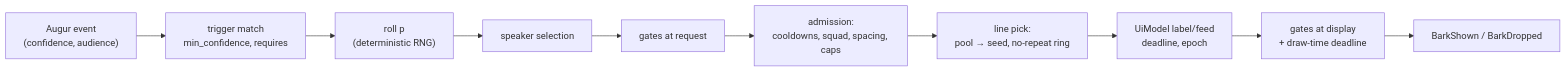
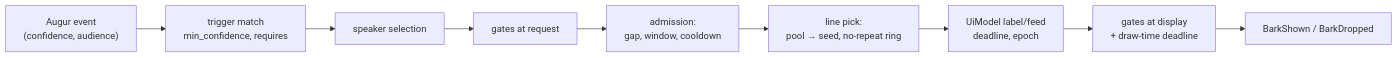
One commit to Pt0l3my/EldenNet changed the fourth of 5 diagrams in docs/design/npcs-and-dialogue.md. Above: the diagram before and after it, drawn with Mermaid. The commit also changed other lines of this file and 5 other files, not shown here.

````diff
--- a/docs/design/npcs-and-dialogue.md
+++ b/docs/design/npcs-and-dialogue.md
@@ -1403,9 +1640,9 @@
 ```mermaid
 flowchart LR
   EV["Augur event<br/>(confidence, audience)"] --> TR["trigger match<br/>min_confidence, requires"]
-  TR --> RL["roll p<br/>(deterministic RNG)"] --> SP["speaker selection"]
-  SP --> G1["gates at request"] --> AD["admission:<br/>cooldowns, squad, spacing, caps"]
+  TR --> SP["speaker selection"]
+  SP --> G1["gates at request"] --> AD["admission:<br/>gap, window, cooldown"]
   AD --> LN["line pick:<br/>pool → seed, no-repeat ring"]
   LN --> UI["UiModel label/feed<br/>deadline, epoch"] --> G2["gates at display<br/>+ draw-time deadline"]
   G2 --> SH["BarkShown / BarkDropped"]
 ```
````
